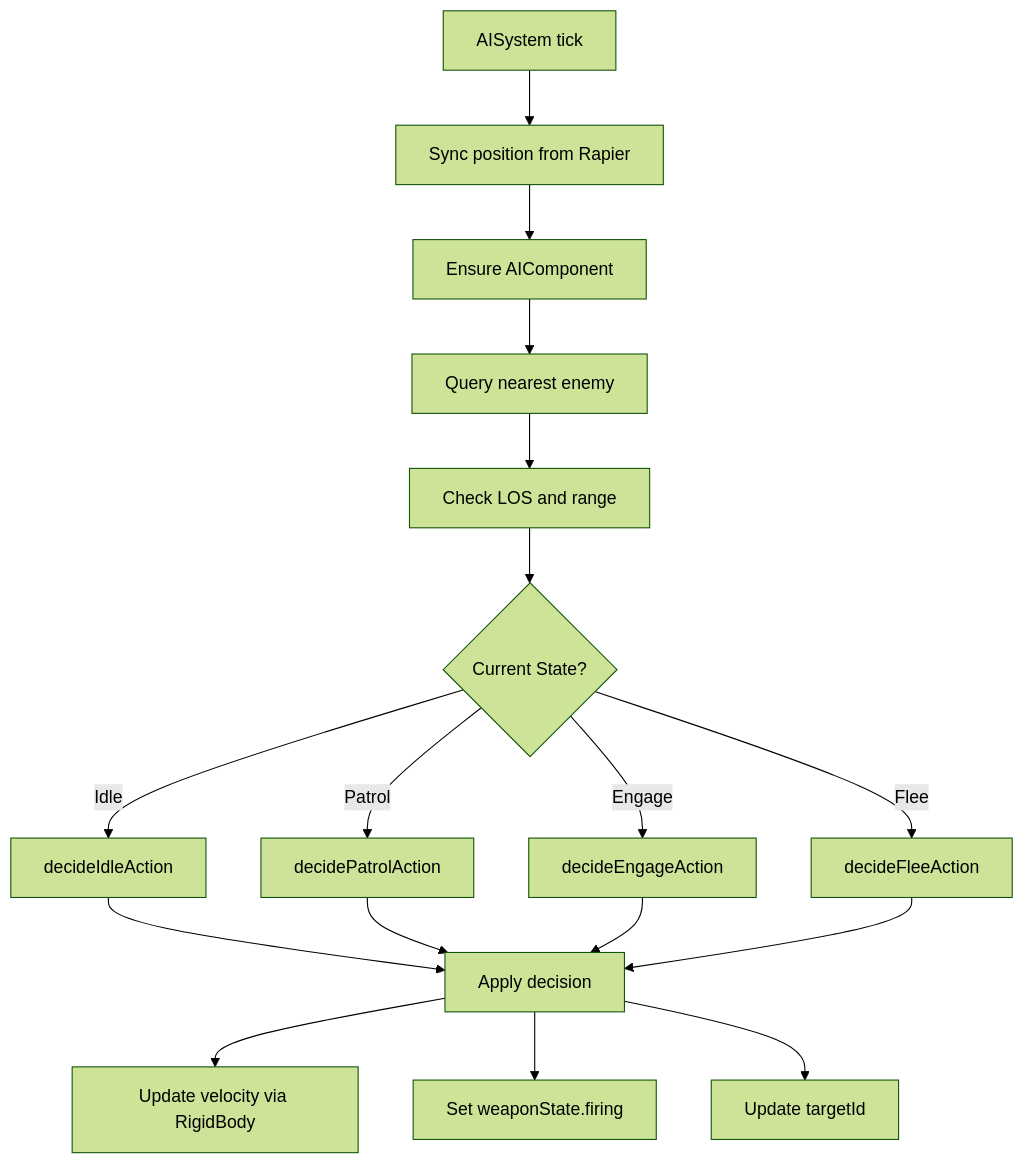
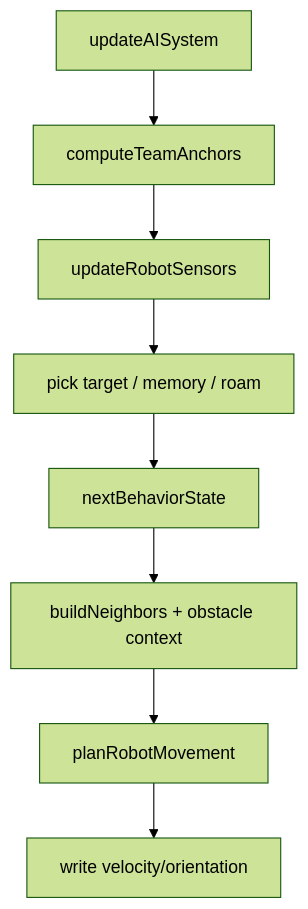
One commit to deadronos/RobotSpaceBattler changed the diagram in memory-bank/designs/ai-design.md. Above: the diagram before and after it, drawn with Mermaid (forest theme). The commit also changed other lines of this file and 13 other files, not shown here.

````diff
--- a/memory-bank/designs/ai-design.md
+++ b/memory-bank/designs/ai-design.md
@@ -76,19 +77,10 @@
 ```mermaid
 flowchart TD
-  A[AISystem tick] --> B[Sync position from Rapier]
-  B --> C[Ensure AIComponent]
-  C --> D[Query nearest enemy]
-  D --> E[Check LOS and range]
-  E --> F{Current State?}
-  F -->|Idle| G[decideIdleAction]
-  F -->|Patrol| H[decidePatrolAction]
-  F -->|Engage| I[decideEngageAction]
-  F -->|Flee| J[decideFleeAction]
-  G --> K[Apply decision]
-  H --> K
-  I --> K
-  J --> K
-  K --> L[Update velocity via RigidBody]
-  K --> M[Set weaponState.firing]
-  K --> N[Update targetId]
+  A[updateAISystem] --> B[computeTeamAnchors]
+  B --> C[updateRobotSensors]
+  C --> D[pick target / memory / roam]
+  D --> E[nextBehaviorState]
+  E --> F[buildNeighbors + obstacle context]
+  F --> G[planRobotMovement]
+  G --> H[write velocity/orientation]
 ```
````
